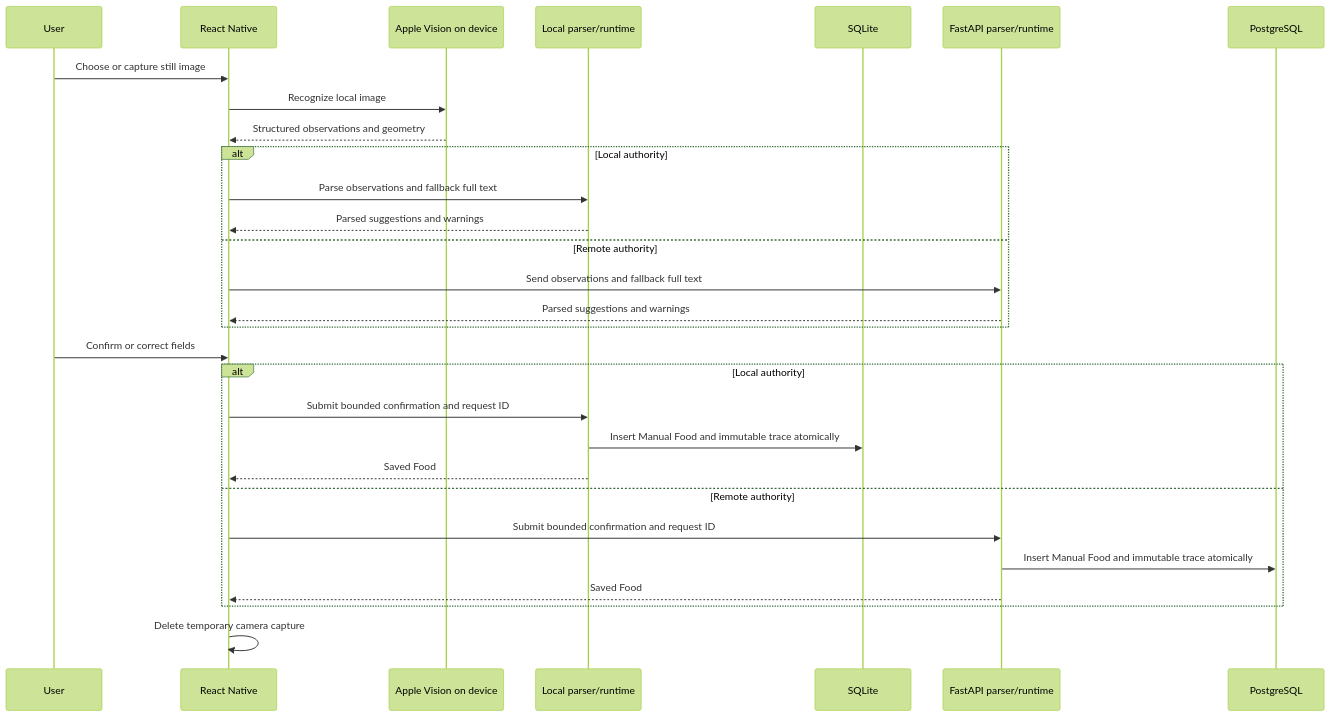
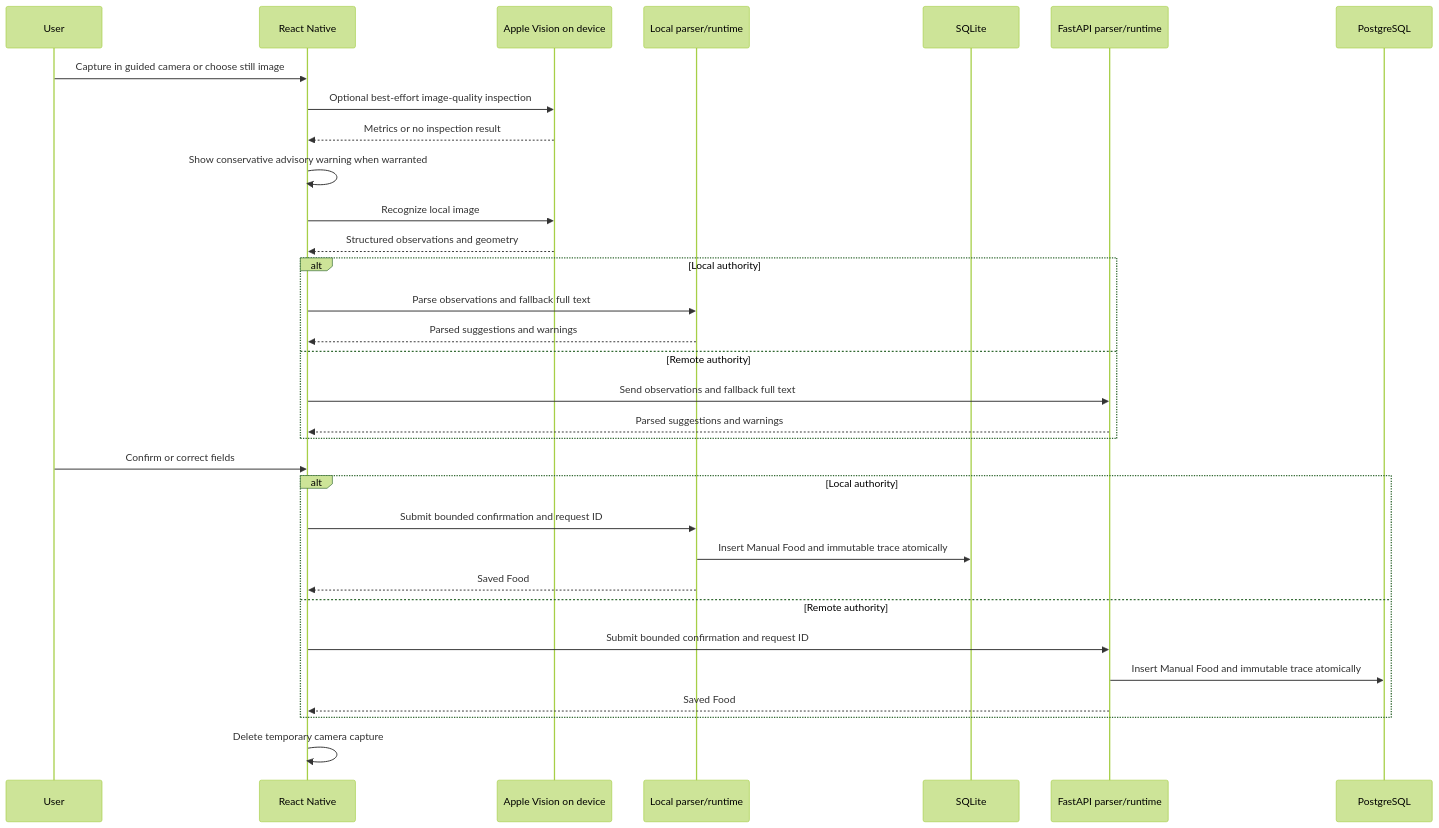
One commit to MitCaine/Nutrition-App changed the first of 2 diagrams in docs/features/ocr-search-and-offline.md. Above: the diagram before and after it, drawn with Mermaid (forest theme). The commit also changed other lines of this file and 12 other files, not shown here.

````diff
--- a/docs/features/ocr-search-and-offline.md
+++ b/docs/features/ocr-search-and-offline.md
@@ -12,32 +14,35 @@
 ```mermaid
 sequenceDiagram
     participant User
     participant Mobile as React Native
     participant Vision as Apple Vision on device
     participant Local as Local parser/runtime
     participant SQLite as SQLite
     participant API as FastAPI parser/runtime
     participant DB as PostgreSQL
 
-    User->>Mobile: Choose or capture still image
+    User->>Mobile: Capture in guided camera or choose still image
+    Mobile->>Vision: Optional best-effort image-quality inspection
+    Vision-->>Mobile: Metrics or no inspection result
+    Mobile->>Mobile: Show conservative advisory warning when warranted
     Mobile->>Vision: Recognize local image
     Vision-->>Mobile: Structured observations and geometry
     alt Local authority
         Mobile->>Local: Parse observations and fallback full text
         Local-->>Mobile: Parsed suggestions and warnings
     else Remote authority
         Mobile->>API: Send observations and fallback full text
         API-->>Mobile: Parsed suggestions and warnings
     end
     User->>Mobile: Confirm or correct fields
     alt Local authority
         Mobile->>Local: Submit bounded confirmation and request ID
         Local->>SQLite: Insert Manual Food and immutable trace atomically
         Local-->>Mobile: Saved Food
     else Remote authority
         Mobile->>API: Submit bounded confirmation and request ID
         API->>DB: Insert Manual Food and immutable trace atomically
         API-->>Mobile: Saved Food
     end
     Mobile->>Mobile: Delete temporary camera capture
 ```
````
